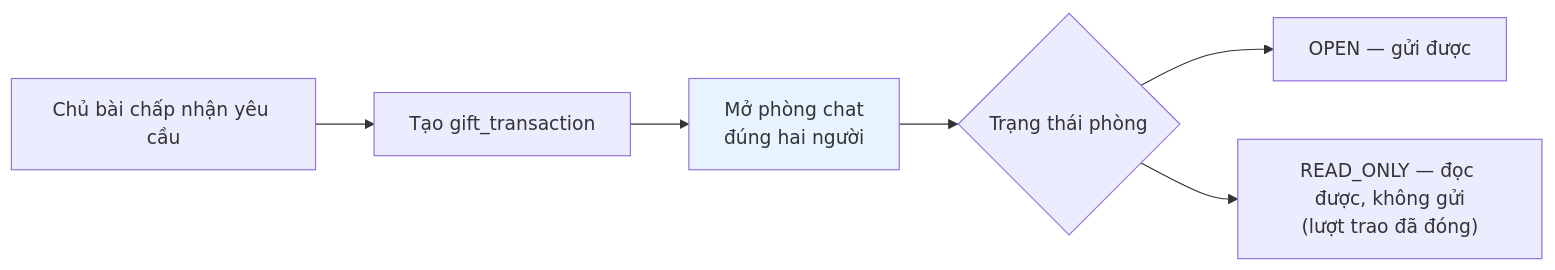
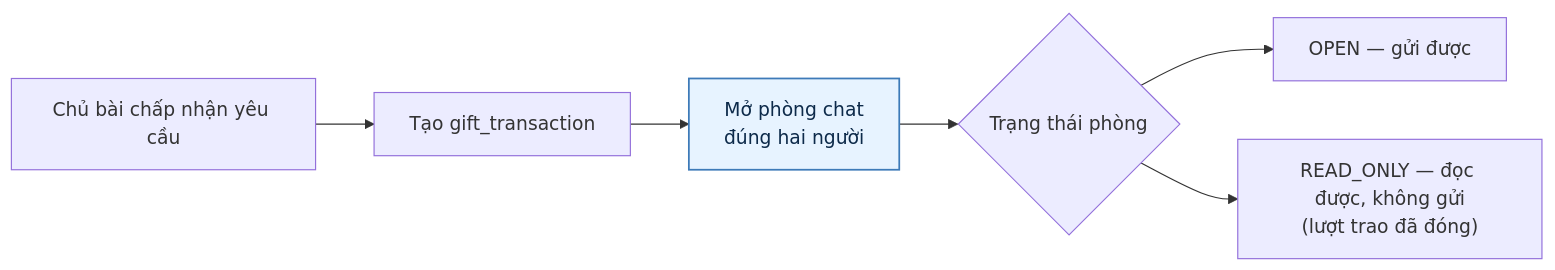
Before and after one commit to fdshn/trueheart: the first of 4 diagrams in docs/diagram/09-chat.md, drawn with Mermaid. The commit also changed other lines of this file and 30 other files, not shown here.

First line of the commit message:
docs(diagram): chữ trong khối tô màu đọc được ở cả giao diện sáng và tối

````diff
--- a/docs/diagram/09-chat.md
+++ b/docs/diagram/09-chat.md
@@ -7,10 +7,10 @@
 ```mermaid
 flowchart LR
     A[Chủ bài chấp nhận yêu cầu] --> B[Tạo gift_transaction]
     B --> C[Mở phòng chat<br/>đúng hai người]
     C --> D{Trạng thái phòng}
     D --> E["OPEN — gửi được"]
     D --> F["READ_ONLY — đọc được, không gửi<br/>(lượt trao đã đóng)"]
 
-    style C fill:#e7f3ff
+    style C fill:#e7f3ff,stroke:#3d7ab8,stroke-width:1.5px,color:#0d2a4a
 ```
````
